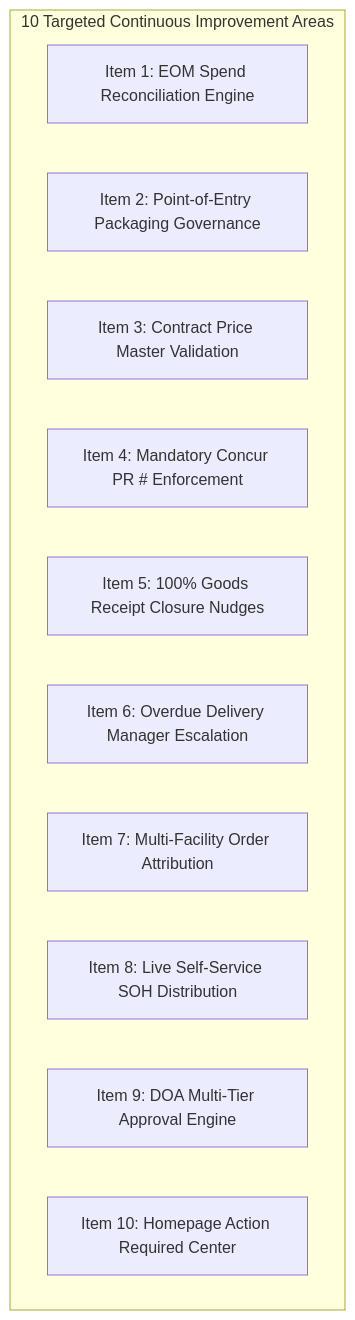
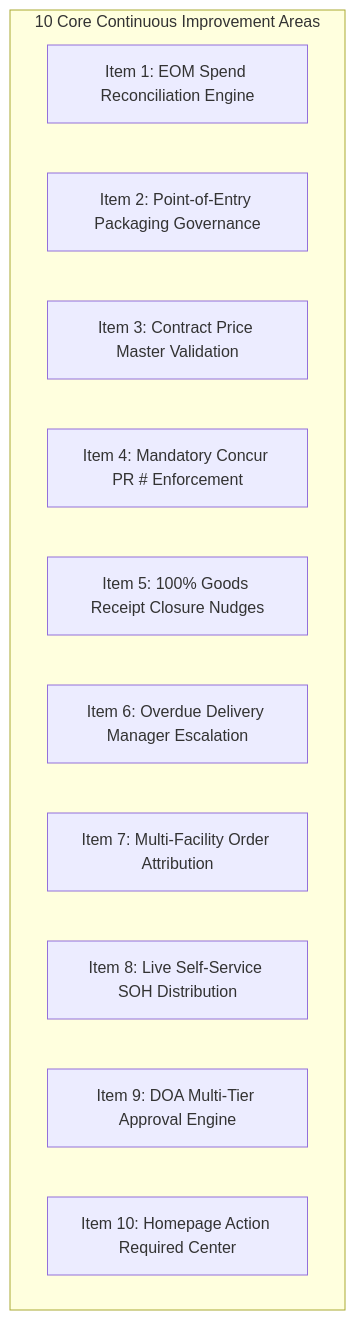
The fifth of 7 diagrams in docs/PROCUREFLOW_DEVELOPMENT_ACTION_PLAN.md (SPLGit-Project/ProcureFlow-App), drawn with Mermaid before and after one commit. The commit also changed other lines of this file and 1 other file, not shown here.

Commit message:
docs: elevate action plan & presentation to v4.0 with Three-Horizon model, training in forward pipeline, and Short Supply logic migration

````diff
--- a/docs/PROCUREFLOW_DEVELOPMENT_ACTION_PLAN.md
+++ b/docs/PROCUREFLOW_DEVELOPMENT_ACTION_PLAN.md
@@ -110,15 +109,15 @@
 ```mermaid
 flowchart TD
-    subgraph Pillars ["10 Targeted Continuous Improvement Areas"]
-        P1["Item 1: EOM Spend Reconciliation Engine"]
-        P2["Item 2: Point-of-Entry Packaging Governance"]
-        P3["Item 3: Contract Price Master Validation"]
-        P4["Item 4: Mandatory Concur PR # Enforcement"]
-        P5["Item 5: 100% Goods Receipt Closure Nudges"]
-        P6["Item 6: Overdue Delivery Manager Escalation"]
-        P7["Item 7: Multi-Facility Order Attribution"]
-        P8["Item 8: Live Self-Service SOH Distribution"]
-        P9["Item 9: DOA Multi-Tier Approval Engine"]
-        P10["Item 10: Homepage Action Required Center"]
+    subgraph TenActionItems ["10 Core Continuous Improvement Areas"]
+        A1["Item 1: EOM Spend Reconciliation Engine"]
+        A2["Item 2: Point-of-Entry Packaging Governance"]
+        A3["Item 3: Contract Price Master Validation"]
+        A4["Item 4: Mandatory Concur PR # Enforcement"]
+        A5["Item 5: 100% Goods Receipt Closure Nudges"]
+        A6["Item 6: Overdue Delivery Manager Escalation"]
+        A7["Item 7: Multi-Facility Order Attribution"]
+        A8["Item 8: Live Self-Service SOH Distribution"]
+        A9["Item 9: DOA Multi-Tier Approval Engine"]
+        A10["Item 10: Homepage Action Required Center"]
     end
 ```
````
